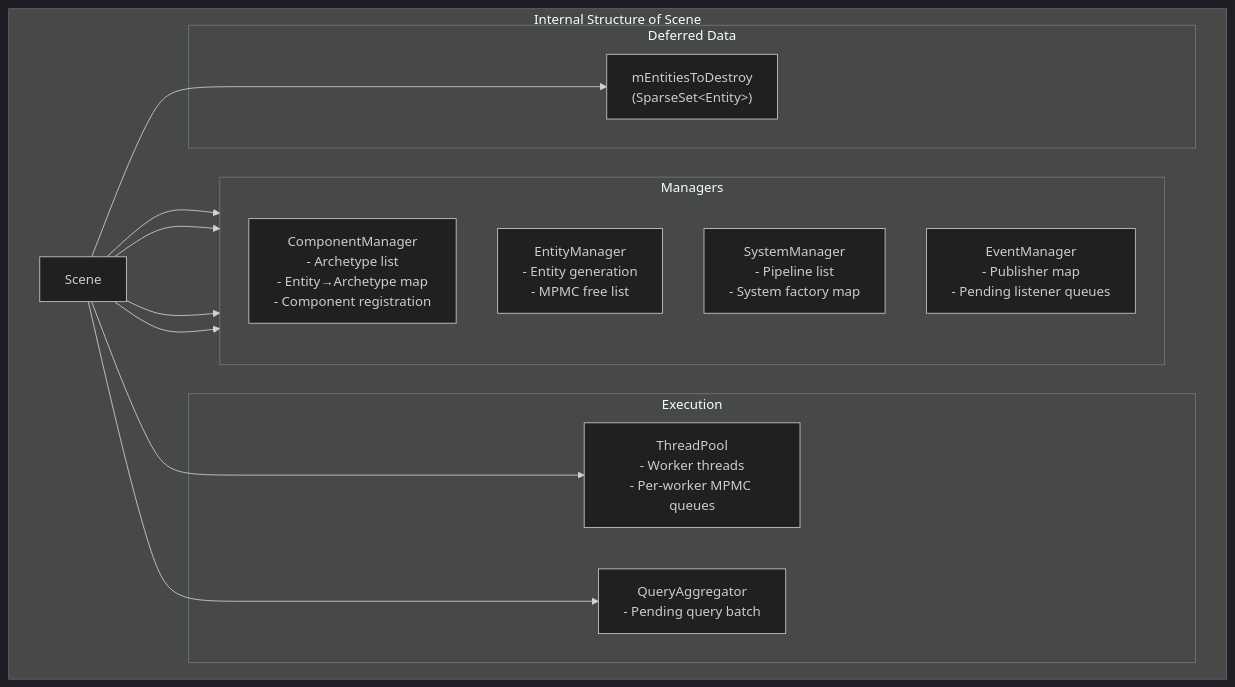
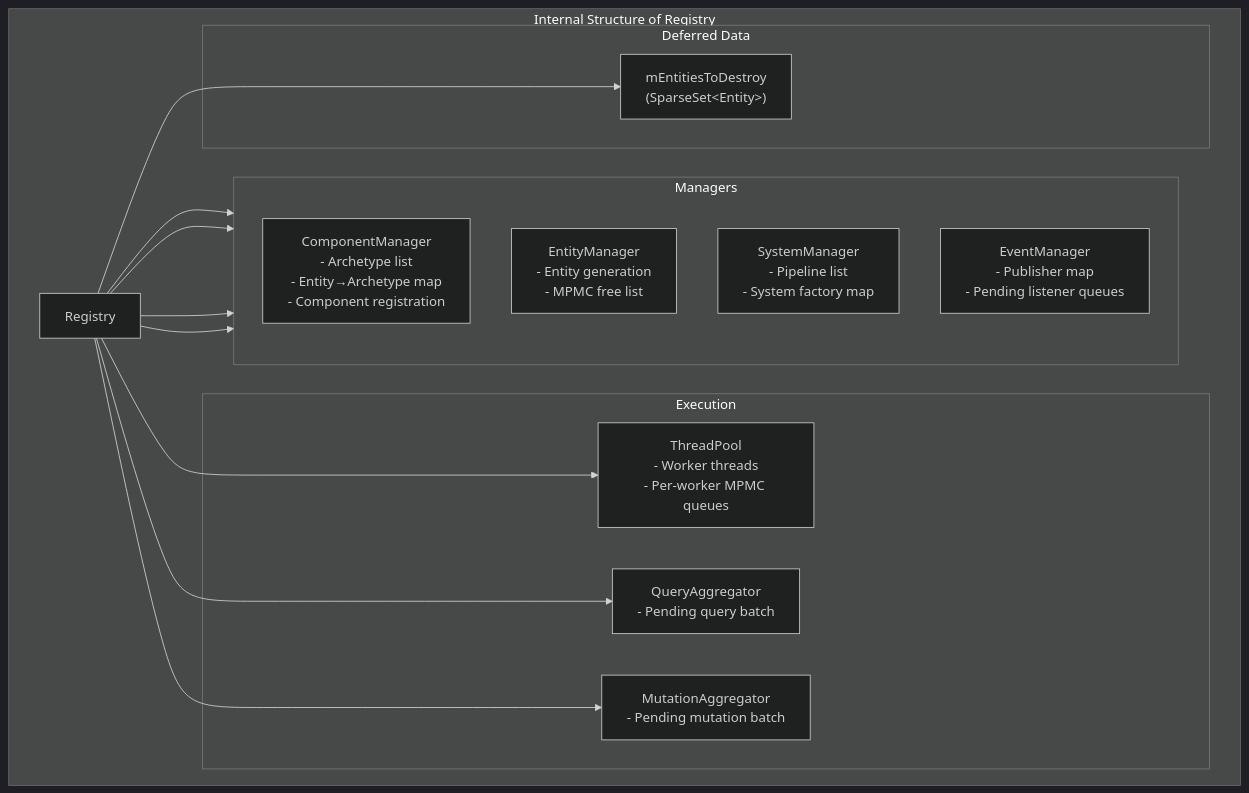
Before and after one commit to gilmar-sales/Freyr: the second of 5 diagrams in docs/concepts/architecture.md, drawn with Mermaid (dark theme). The commit also changed other lines of this file and 17 other files, not shown here.

First line of the commit message:
docs: update documentation for registry renaming and mutation API

````diff
--- a/docs/concepts/architecture.md
+++ b/docs/concepts/architecture.md
@@ -62,32 +62,34 @@
 ```mermaid
 graph TB
-    subgraph SceneInternals["Internal Structure of Scene"]
-        SC["Scene"]
+    subgraph RegistryInternals["Internal Structure of Registry"]
+        SC["Registry"]
         
         subgraph Managers["Managers"]
             direction TB
             CM["ComponentManager<br/>- Archetype list<br/>- Entity→Archetype map<br/>- Component registration"]
             EM["EntityManager<br/>- Entity generation<br/>- MPMC free list"]
             SM["SystemManager<br/>- Pipeline list<br/>- System factory map"]
             EVM["EventManager<br/>- Publisher map<br/>- Pending listener queues"]
         end
 
         subgraph Exec["Execution"]
             TP["ThreadPool<br/>- Worker threads<br/>- Per-worker MPMC queues"]
             QA["QueryAggregator<br/>- Pending query batch"]
+            MA["MutationAggregator<br/>- Pending mutation batch"]
         end
 
         subgraph Data["Deferred Data"]
             DT["mEntitiesToDestroy<br/>(SparseSet&lt;Entity&gt;)"]
         end
 
         SC --> CM
         SC --> EM
         SC --> SM
         SC --> EVM
         SC --> TP
         SC --> QA
+        SC --> MA
         SC --> DT
     end
 
 ```
````
